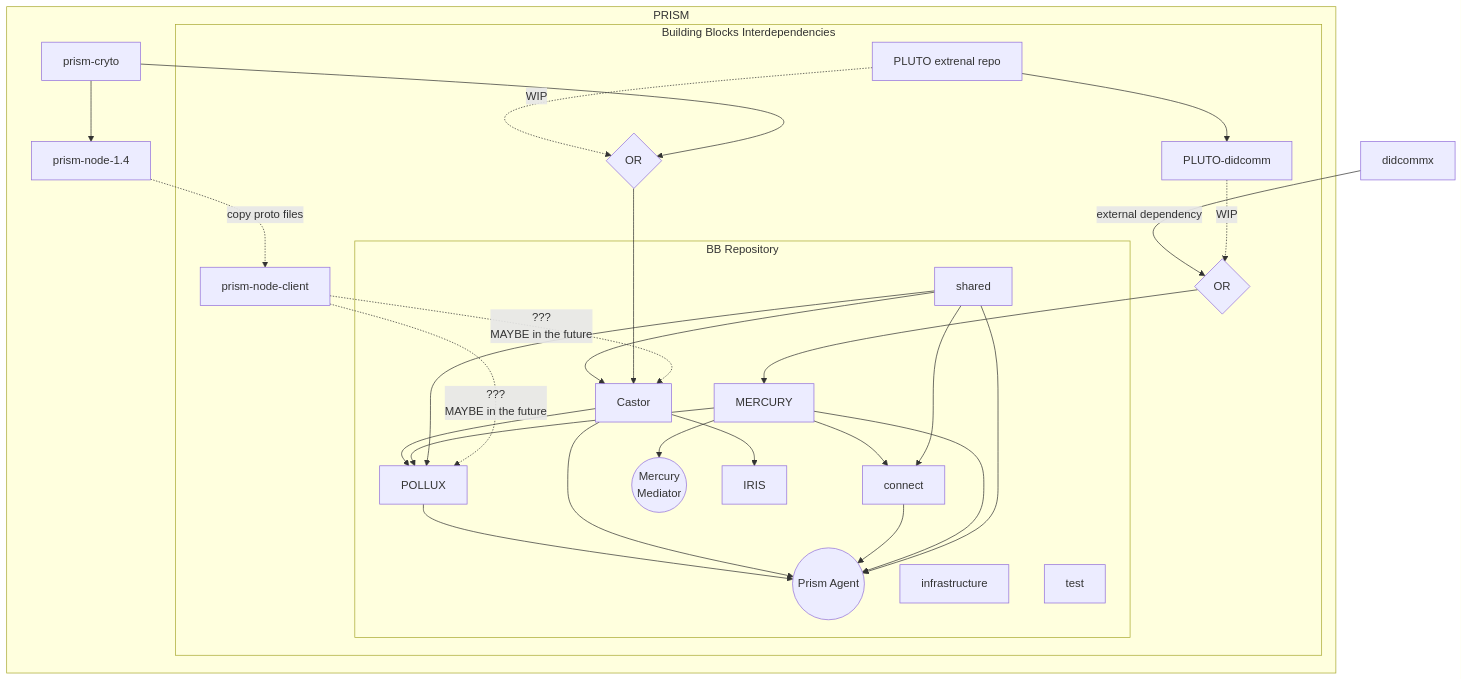
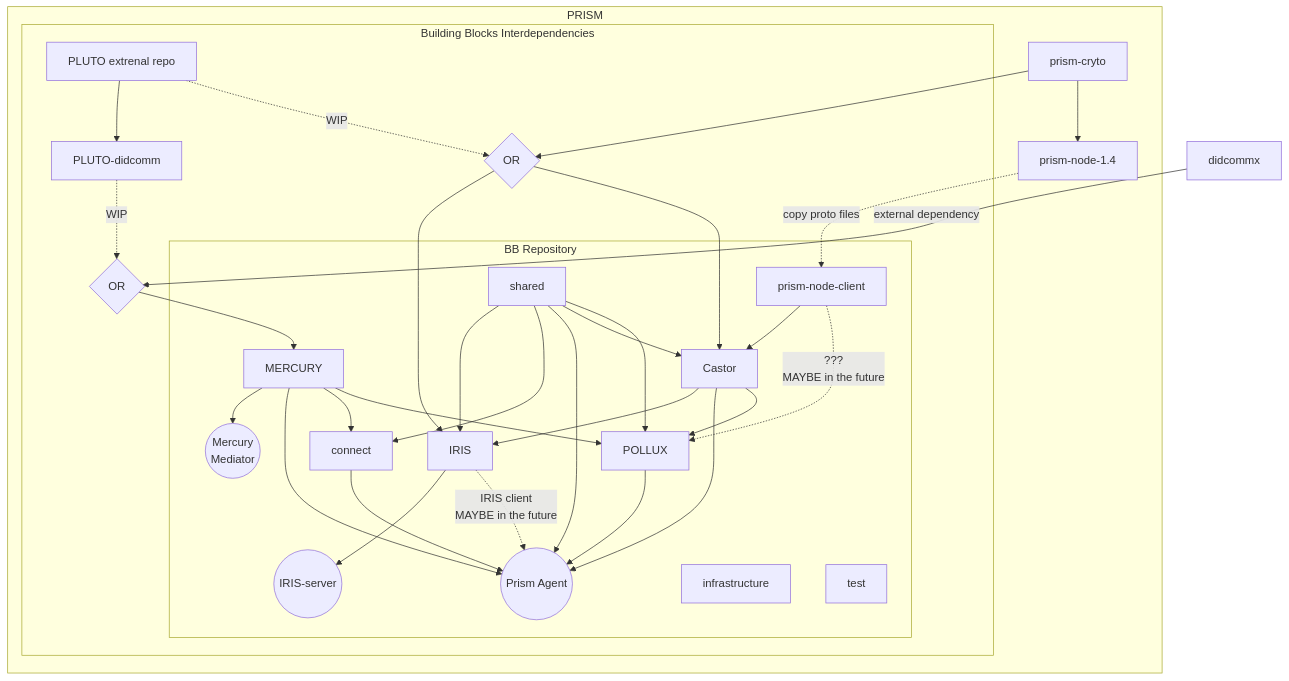
The diagram in Interdependencies.md (hyperledger/identus-cloud-agent), drawn with Mermaid before and after one commit.

````diff
--- a/Interdependencies.md
+++ b/Interdependencies.md
@@ -7,63 +7,70 @@
 ```mermaid
 flowchart
   PLUTO-didcomm -.WIP.-> OR1{OR} 
   didcommx --external dependency--> OR1{OR} 
 
   subgraph PRISM
     prism-cryto --> prism-node-1.4
     prism-cryto --> OR2{OR}
     prism-node-1.4 -.copy proto files.-> prism-node
 
     subgraph BB[Building Blocks Interdependencies]
-      prism-node -.???\nMAYBE in the future.-> castor
-      prism-node -.???\nMAYBE in the future.-> pollux
+
 
       pluto -.WIP.-> OR2{OR}
       pluto --> PLUTO-didcomm
 
       OR1 --> mercury
 
       OR2 --> castor
+      OR2 ----> iris
 
       subgraph REPO [BB Repository]
+        prism-node -.???\nMAYBE in the future.-> pollux
+        prism-node --> castor
+
+        iris -.IRIS client\nMAYBE in the future.-> prism-agent
+        iris --> iris-server
+
+        shared --> pollux
         shared --> castor
-        shared --> pollux
         shared --> prism-agent
         shared --> connect
+        shared --> iris
         
         mercury --> pollux
         mercury --> connect
         mercury --> prism-agent
         mercury --> mediator
 
         connect --> prism-agent
 
-        castor --> iris
         castor --> pollux
         castor --> prism-agent
+        castor --> iris
 
         pollux --> prism-agent
-
 
         infrastructure
         test
       end
     end
   end
 
   
 
 %% All 
 castor[Castor]
 connect
 infrastructure
 iris[IRIS]
+iris-server((IRIS-server))
 mercury[MERCURY]
 mediator((Mercury\nMediator))
 pluto[PLUTO extrenal repo]
 pollux[POLLUX]
 prism-agent((Prism Agent))
 prism-node[prism-node-client]
 shared
 test
 ```
````
